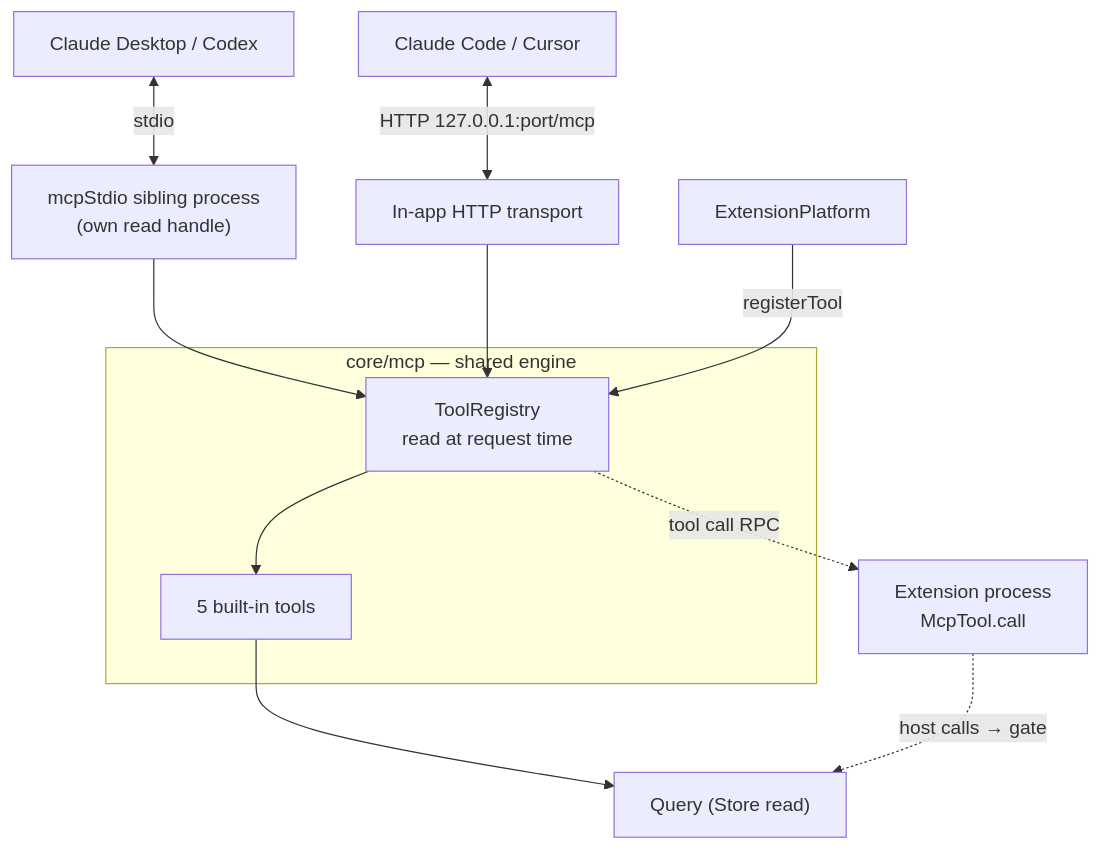
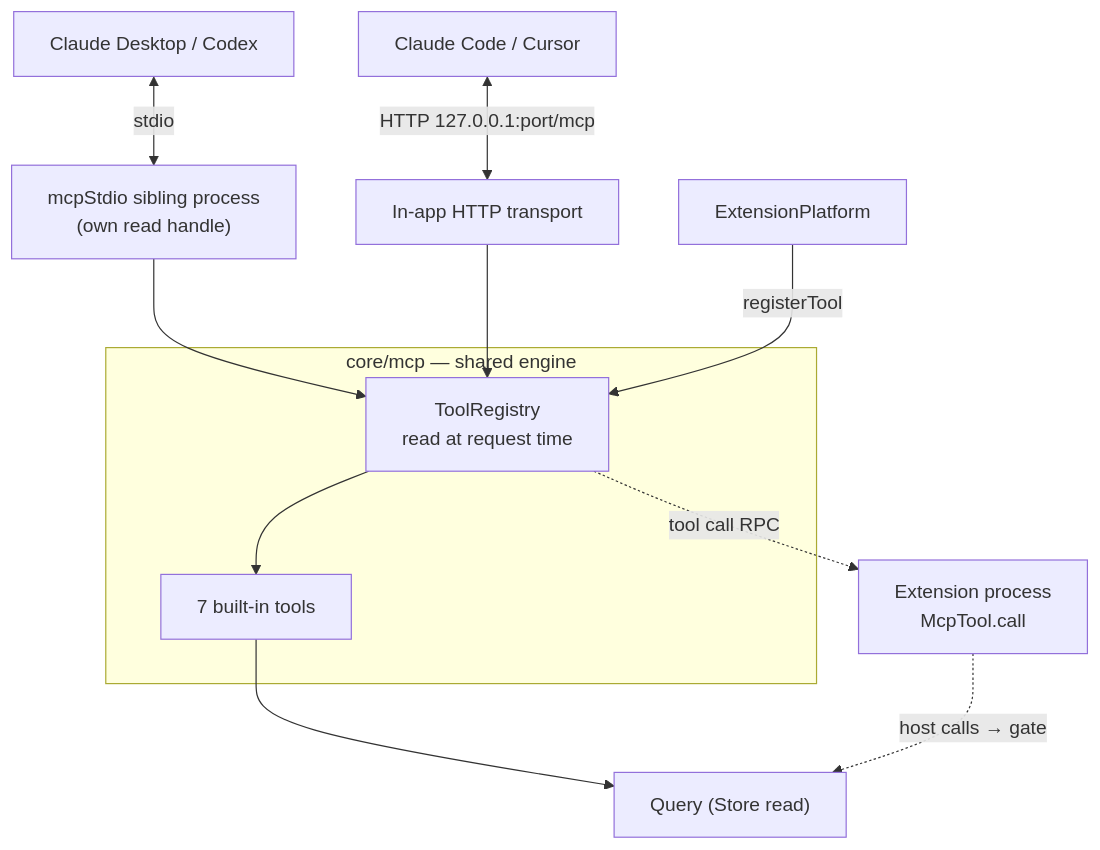
One commit to edjafarov/kiagent-core changed the first of 2 diagrams in docs/architecture/mcp.md. Above: the diagram before and after it, drawn with Mermaid. The commit also changed other lines of this file and 3 other files, not shown here.

Commit message:
docs(mcp): mark query_sql/get_schema shipped; refresh stale references

````diff
--- a/docs/architecture/mcp.md
+++ b/docs/architecture/mcp.md
@@ -22,17 +22,17 @@
 ```mermaid
 flowchart TB
     CD["Claude Desktop / Codex"] <-->|stdio| ENTRY["mcpStdio sibling process<br/>(own read handle)"]
     CC["Claude Code / Cursor"] <-->|"HTTP 127.0.0.1:port/mcp"| HTTP["In-app HTTP transport"]
 
     subgraph ENGINE["core/mcp — shared engine"]
         REG["ToolRegistry<br/>read at request time"]
-        BUILTIN["5 built-in tools"]
+        BUILTIN["7 built-in tools"]
     end
 
     ENTRY --> REG
     HTTP --> REG
     REG --> BUILTIN --> Q["Query (Store read)"]
     PLAT["ExtensionPlatform"] -->|registerTool| REG
     REG -.tool call RPC.-> EXT["Extension process<br/>McpTool.call"]
     EXT -.host calls → gate.-> Q
 ```
````
